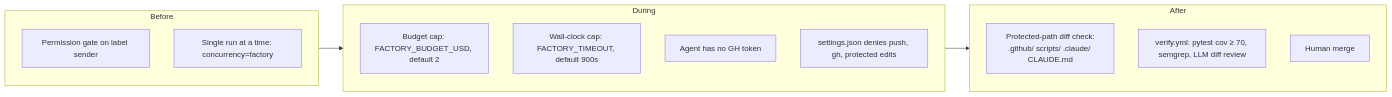
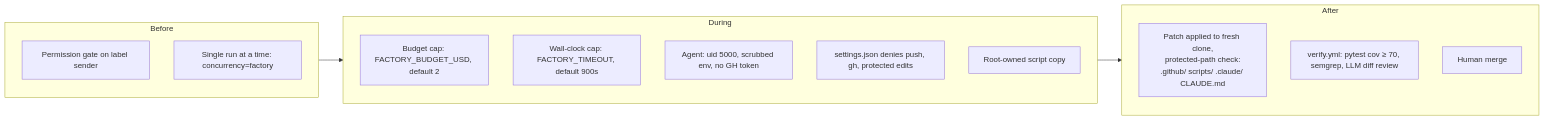
Before and after one commit to fasoulas/factory-sandbox: the third of 3 diagrams in README.md, drawn with Mermaid. The commit also changed other lines of this file, not shown here.

First line of the commit message:
docs: README covers privilege separation, patch flow, uid 5000, new statuses

````diff
--- a/README.md
+++ b/README.md
@@ -68,19 +79,20 @@
 ```mermaid
 flowchart LR
     subgraph Before
         P1[Permission gate on label sender]
         P2[Single run at a time: concurrency=factory]
     end
     subgraph During
         D1[Budget cap: FACTORY_BUDGET_USD, default 2]
         D2[Wall-clock cap: FACTORY_TIMEOUT, default 900s]
-        D3[Agent has no GH token]
+        D3[Agent: uid 5000, scrubbed env, no GH token]
         D4[settings.json denies push, gh, protected edits]
+        D5[Root-owned script copy]
     end
     subgraph After
-        A1[Protected-path diff check:<br/>.github/ scripts/ .claude/ CLAUDE.md]
+        A1[Patch applied to fresh clone,<br/>protected-path check:<br/>.github/ scripts/ .claude/ CLAUDE.md]
         A2[verify.yml: pytest cov ≥ 70, semgrep, LLM diff review]
         A3[Human merge]
     end
     Before --> During --> After
 ```
````
